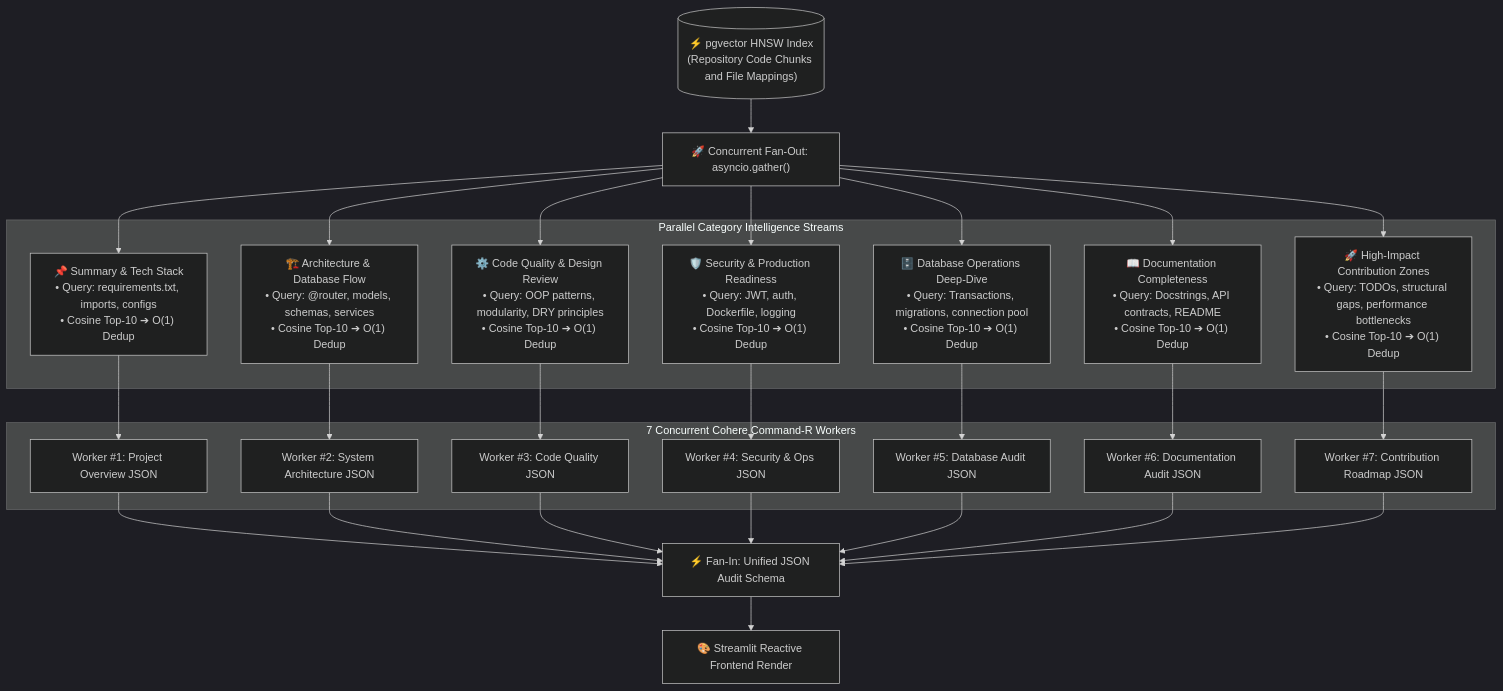
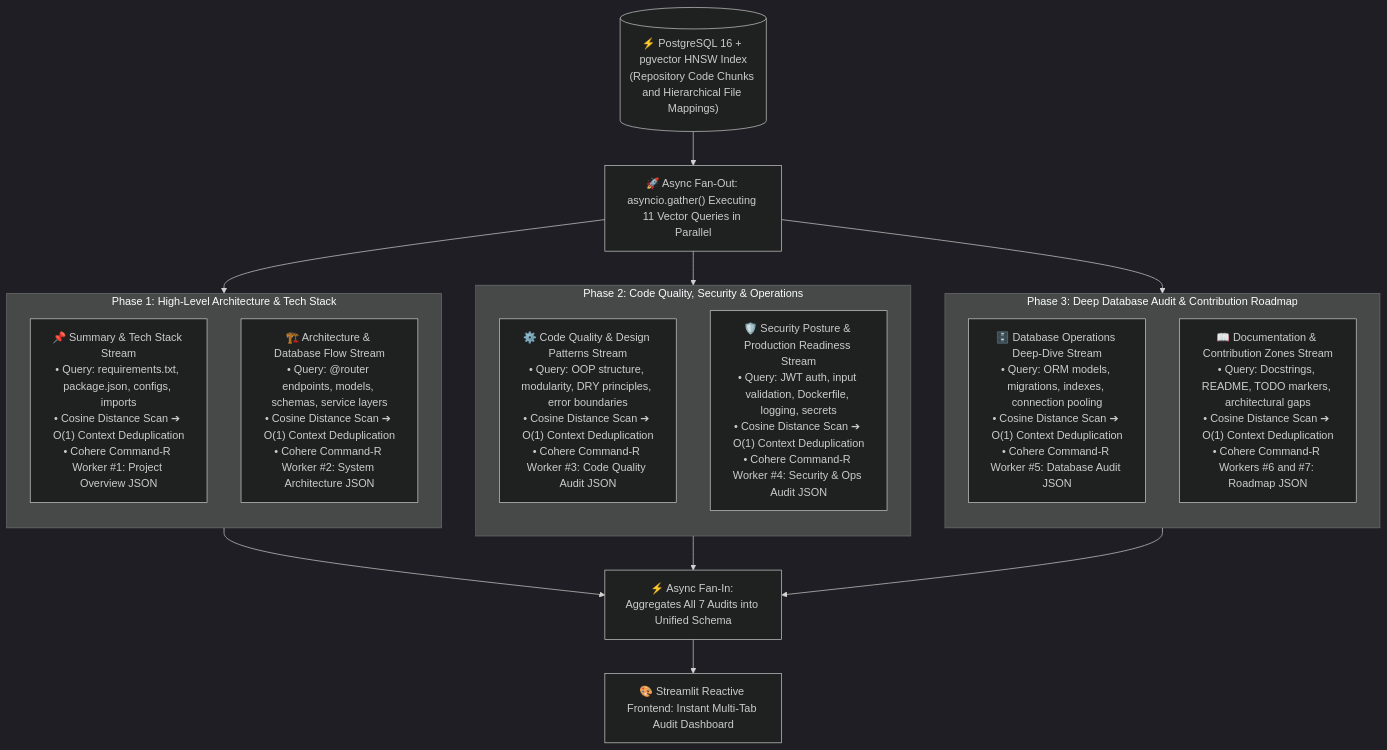
The third of 4 diagrams in README.md (geethika1207/RepoInsight-Backend), drawn with Mermaid (dark theme) before and after one commit. The commit also changed other lines of this file, not shown here.

Commit message:
docs: Reorganize analysis pipeline diagram into vertical tiers for full card width

````diff
--- a/README.md
+++ b/README.md
@@ -187,43 +189,35 @@
 ```mermaid
 flowchart TD
-    Index[("⚡ pgvector HNSW Index<br/>(Repository Code Chunks and File Mappings)")] --> Scatter["🚀 Concurrent Fan-Out: asyncio.gather()"]
+    Index[("⚡ PostgreSQL 16 + pgvector HNSW Index<br/>(Repository Code Chunks and Hierarchical File Mappings)")]
+    Scatter["🚀 Async Fan-Out: asyncio.gather() Executing 11 Vector Queries in Parallel"]
+    Index --> Scatter
 
-    subgraph ParallelAudit ["Parallel Category Intelligence Streams"]
-        C1["📌 Summary & Tech Stack<br/>• Query: requirements.txt, imports, configs<br/>• Cosine Top-10 ➔ O(1) Dedup"]
-        C2["🏗️ Architecture & Database Flow<br/>• Query: @router, models, schemas, services<br/>• Cosine Top-10 ➔ O(1) Dedup"]
-        C3["⚙️ Code Quality & Design Review<br/>• Query: OOP patterns, modularity, DRY principles<br/>• Cosine Top-10 ➔ O(1) Dedup"]
-        C4["🛡️ Security & Production Readiness<br/>• Query: JWT, auth, Dockerfile, logging<br/>• Cosine Top-10 ➔ O(1) Dedup"]
-        C5["🗄️ Database Operations Deep-Dive<br/>• Query: Transactions, migrations, connection pool<br/>• Cosine Top-10 ➔ O(1) Dedup"]
-        C6["📖 Documentation Completeness<br/>• Query: Docstrings, API contracts, README<br/>• Cosine Top-10 ➔ O(1) Dedup"]
-        C7["🚀 High-Impact Contribution Zones<br/>• Query: TODOs, structural gaps, performance bottlenecks<br/>• Cosine Top-10 ➔ O(1) Dedup"]
+    subgraph Tier1 ["Phase 1: High-Level Architecture & Tech Stack"]
+        direction TB
+        C1["📌 Summary & Tech Stack Stream<br/>• Query: requirements.txt, package.json, configs, imports<br/>• Cosine Distance Scan ➔ O(1) Context Deduplication<br/>• Cohere Command-R Worker #1: Project Overview JSON"]
+        C2["🏗️ Architecture & Database Flow Stream<br/>• Query: @router endpoints, models, schemas, service layers<br/>• Cosine Distance Scan ➔ O(1) Context Deduplication<br/>• Cohere Command-R Worker #2: System Architecture JSON"]
     end
 
-    Scatter --> C1
-    Scatter --> C2
-    Scatter --> C3
-    Scatter --> C4
-    Scatter --> C5
-    Scatter --> C6
-    Scatter --> C7
-
-    subgraph LLMExecution ["7 Concurrent Cohere Command-R Workers"]
-        W1["Worker #1: Project Overview JSON"]
-        W2["Worker #2: System Architecture JSON"]
-        W3["Worker #3: Code Quality JSON"]
-        W4["Worker #4: Security & Ops JSON"]
-        W5["Worker #5: Database Audit JSON"]
-        W6["Worker #6: Documentation Audit JSON"]
-        W7["Worker #7: Contribution Roadmap JSON"]
+    subgraph Tier2 ["Phase 2: Code Quality, Security & Operations"]
+        direction TB
+        C3["⚙️ Code Quality & Design Patterns Stream<br/>• Query: OOP structure, modularity, DRY principles, error boundaries<br/>• Cosine Distance Scan ➔ O(1) Context Deduplication<br/>• Cohere Command-R Worker #3: Code Quality Audit JSON"]
+        C4["🛡️ Security Posture & Production Readiness Stream<br/>• Query: JWT auth, input validation, Dockerfile, logging, secrets<br/>• Cosine Distance Scan ➔ O(1) Context Deduplication<br/>• Cohere Command-R Worker #4: Security & Ops Audit JSON"]
     end
 
-    C1 --> W1
-    C2 --> W2
-    C3 --> W3
-    C4 --> W4
-    C5 --> W5
-    C6 --> W6
-    C7 --> W7
+    subgraph Tier3 ["Phase 3: Deep Database Audit & Contribution Roadmap"]
+        direction TB
+        C5["🗄️ Database Operations Deep-Dive Stream<br/>• Query: ORM models, migrations, indexes, connection pooling<br/>• Cosine Distance Scan ➔ O(1) Context Deduplication<br/>• Cohere Command-R Worker #5: Database Audit JSON"]
+        C6["📖 Documentation & Contribution Zones Stream<br/>• Query: Docstrings, README, TODO markers, architectural gaps<br/>• Cosine Distance Scan ➔ O(1) Context Deduplication<br/>• Cohere Command-R Workers #6 and #7: Roadmap JSON"]
+    end
 
-    W1 & W2 & W3 & W4 & W5 & W6 & W7 --> Gather["⚡ Fan-In: Unified JSON Audit Schema"]
-    Gather --> Streamlit["🎨 Streamlit Reactive Frontend Render"]
+    Scatter --> Tier1
+    Scatter --> Tier2
+    Scatter --> Tier3
+
+    Gather["⚡ Async Fan-In: Aggregates All 7 Audits into Unified Schema"]
+    Tier1 --> Gather
+    Tier2 --> Gather
+    Tier3 --> Gather
+
+    Gather --> Streamlit["🎨 Streamlit Reactive Frontend: Instant Multi-Tab Audit Dashboard"]
 ```
````
